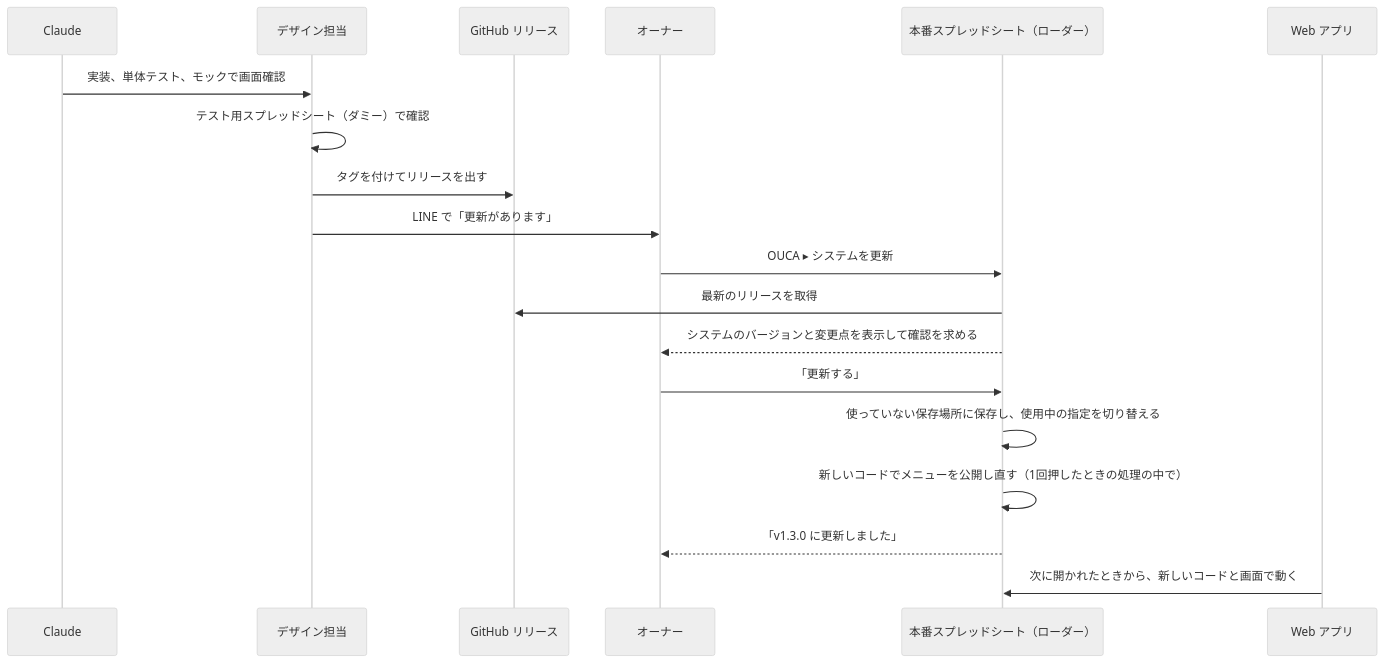
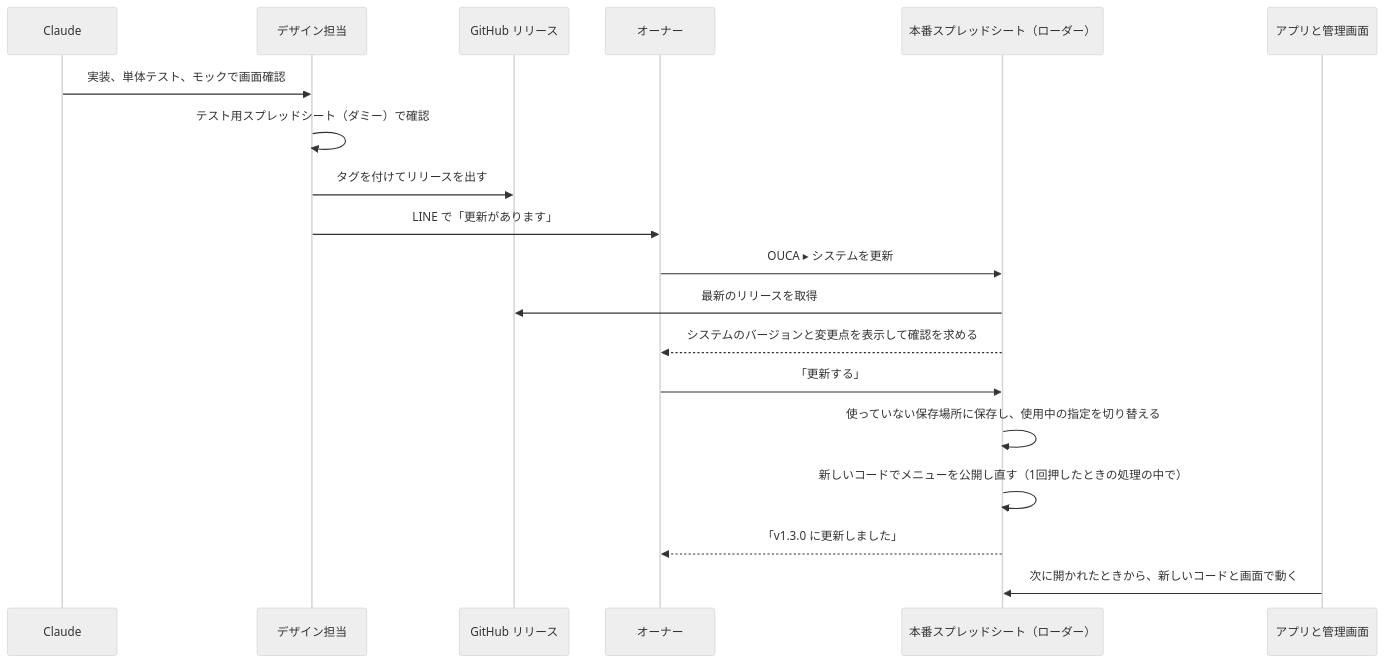
The second of 2 diagrams in docs/to-be/delivery-flow.md (yuk-wq/ouca), drawn with Mermaid (neutral theme) before and after one commit. The commit also changed other lines of this file and 5 other files, not shown here.

````diff
--- a/docs/to-be/delivery-flow.md
+++ b/docs/to-be/delivery-flow.md
@@ -124,21 +126,21 @@
 ```mermaid
 sequenceDiagram
   participant C as Claude
   participant D as デザイン担当
   participant R as GitHub リリース
   participant O as オーナー
   participant S as 本番スプレッドシート（ローダー）
-  participant W as Web アプリ
+  participant W as アプリと管理画面
   C->>D: 実装、単体テスト、モックで画面確認
   D->>D: テスト用スプレッドシート（ダミー）で確認
   D->>R: タグを付けてリリースを出す
   D->>O: LINE で「更新があります」
   O->>S: OUCA ▸ システムを更新
   S->>R: 最新のリリースを取得
   S-->>O: システムのバージョンと変更点を表示して確認を求める
   O->>S: 「更新する」
   S->>S: 使っていない保存場所に保存し、使用中の指定を切り替える
   S->>S: 新しいコードでメニューを公開し直す（1回押したときの処理の中で）
   S-->>O: 「v1.3.0 に更新しました」
   W->>S: 次に開かれたときから、新しいコードと画面で動く
 ```
````
